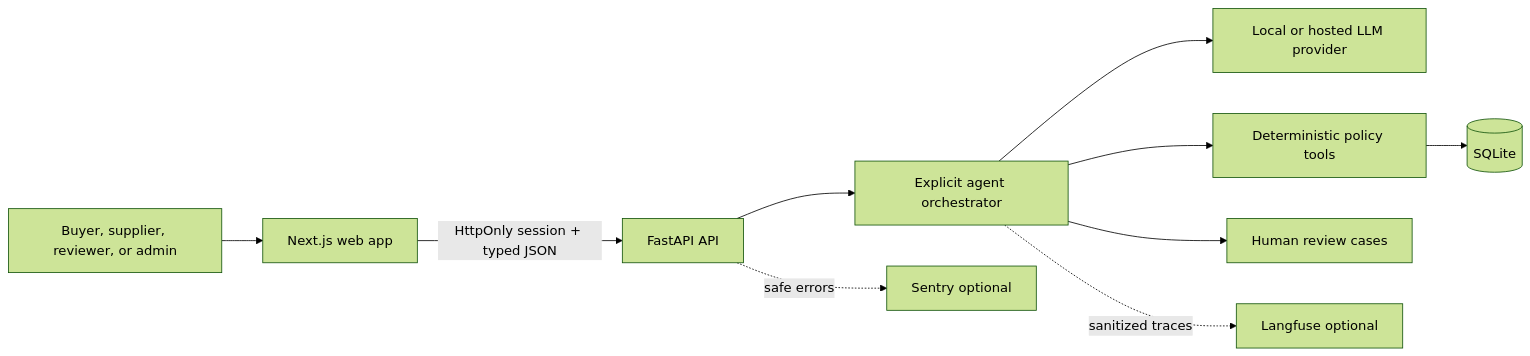
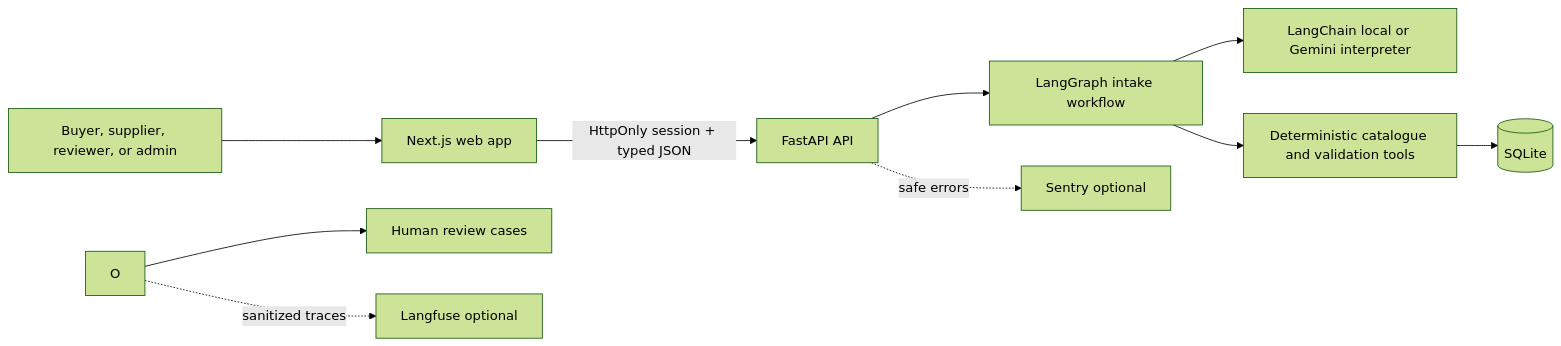
The diagram in README.md (BaduDueduMaxwell/Procura), drawn with Mermaid (forest theme) before and after one commit. The commit also changed other lines of this file and 3 other files, not shown here.

First line of the commit message:
chore: document and gate intake workflow

````diff
--- a/README.md
+++ b/README.md
@@ -23,12 +25,12 @@
 ```mermaid
 flowchart LR
   U[Buyer, supplier, reviewer, or admin] --> W[Next.js web app]
   W -->|HttpOnly session + typed JSON| A[FastAPI API]
-  A --> O[Explicit agent orchestrator]
-  O --> P[Local or hosted LLM provider]
-  O --> T[Deterministic policy tools]
+  A --> G[LangGraph intake workflow]
+  G --> P[LangChain local or Gemini interpreter]
+  G --> T[Deterministic catalogue and validation tools]
   T --> D[(SQLite)]
   O --> R[Human review cases]
   O -. sanitized traces .-> L[Langfuse optional]
   A -. safe errors .-> S[Sentry optional]
 ```
````
